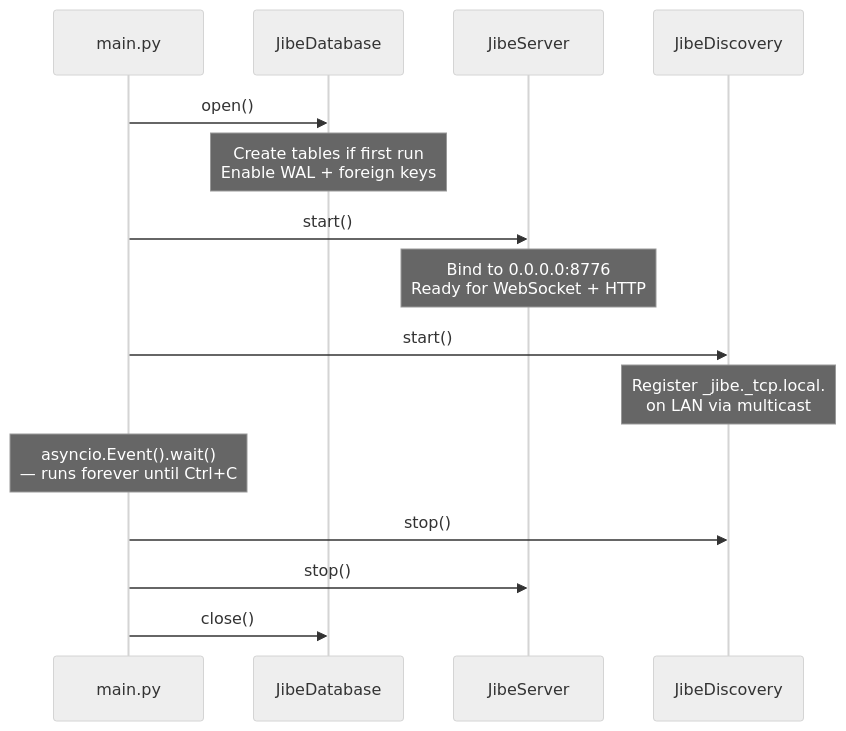
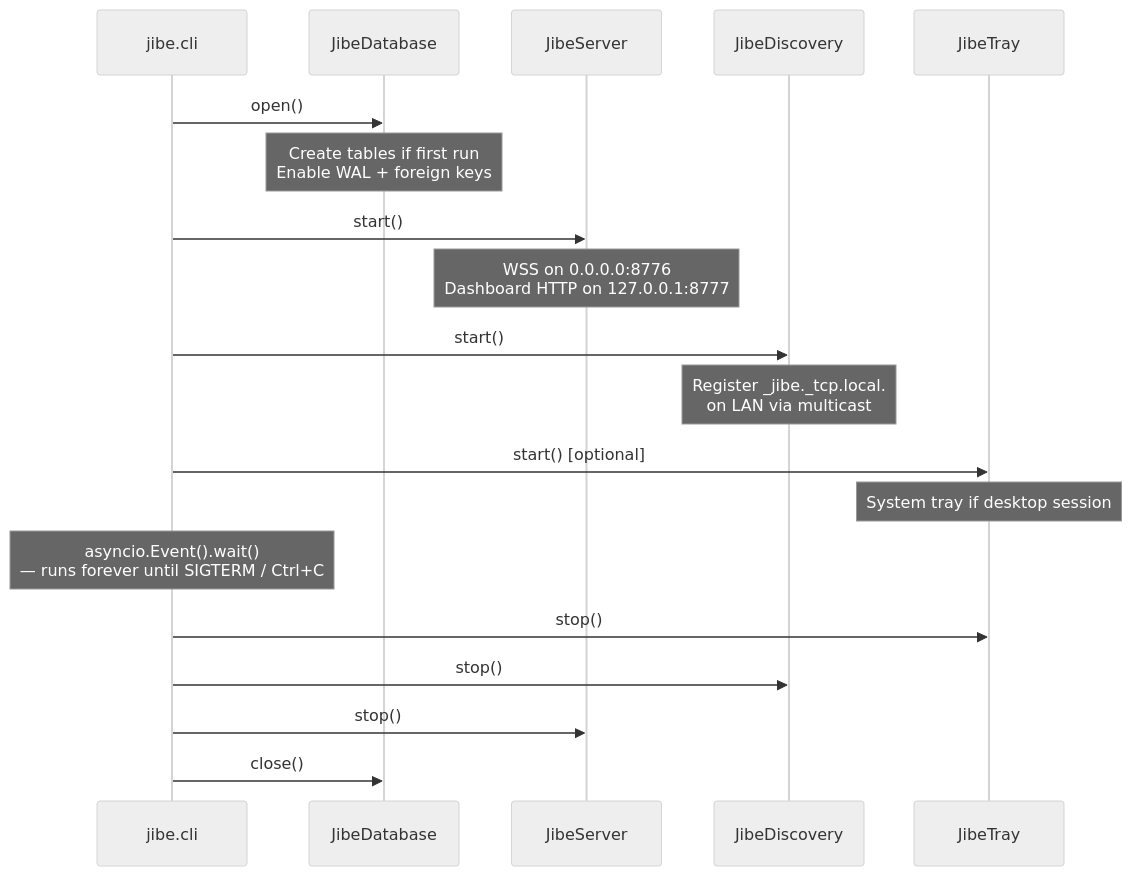
One commit to gobbledyglomp/jibe changed the second of 2 diagrams in docs/architecture.md. Above: the diagram before and after it, drawn with Mermaid (neutral theme). The commit also changed other lines of this file, not shown here.

Commit message:
docs(architecture): update module map and diagrams for current structure

````diff
--- a/docs/architecture.md
+++ b/docs/architecture.md
@@ -65,22 +84,27 @@
 ```mermaid
 sequenceDiagram
-    participant main.py
+    participant cli as jibe.cli
     participant DB as JibeDatabase
     participant Server as JibeServer
     participant Disc as JibeDiscovery
+    participant Tray as JibeTray
 
-    main.py->>DB: open()
+    cli->>DB: open()
     Note over DB: Create tables if first run<br/>Enable WAL + foreign keys
 
-    main.py->>Server: start()
-    Note over Server: Bind to 0.0.0.0:8776<br/>Ready for WebSocket + HTTP
+    cli->>Server: start()
+    Note over Server: WSS on 0.0.0.0:8776<br/>Dashboard HTTP on 127.0.0.1:8777
 
-    main.py->>Disc: start()
+    cli->>Disc: start()
     Note over Disc: Register _jibe._tcp.local.<br/>on LAN via multicast
 
-    Note over main.py: asyncio.Event().wait()<br/>— runs forever until Ctrl+C
+    cli->>Tray: start() [optional]
+    Note over Tray: System tray if desktop session
 
-    main.py->>Disc: stop()
-    main.py->>Server: stop()
-    main.py->>DB: close()
+    Note over cli: asyncio.Event().wait()<br/>— runs forever until SIGTERM / Ctrl+C
+
+    cli->>Tray: stop()
+    cli->>Disc: stop()
+    cli->>Server: stop()
+    cli->>DB: close()
 ```
````
